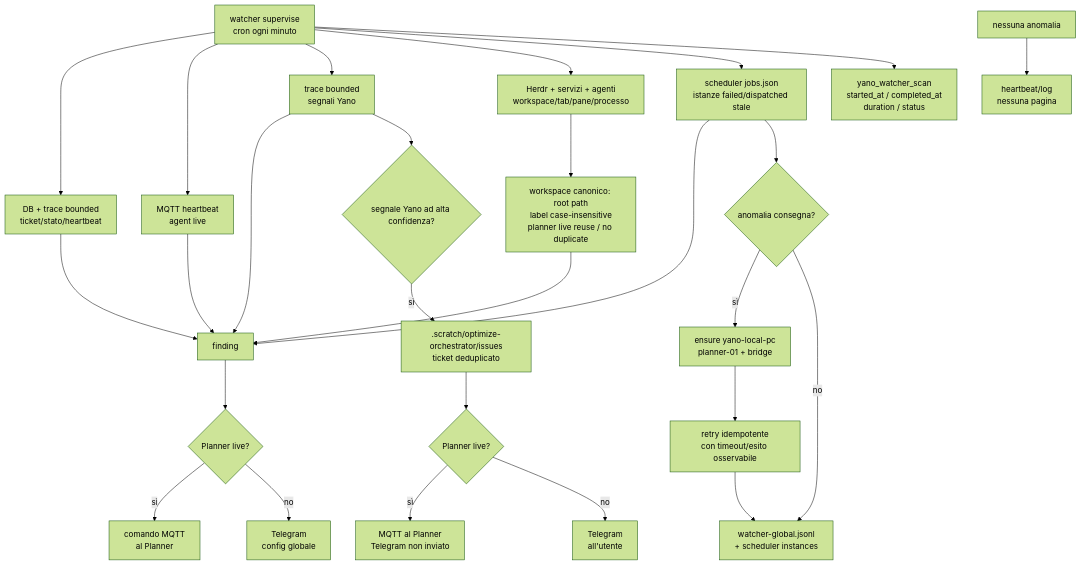
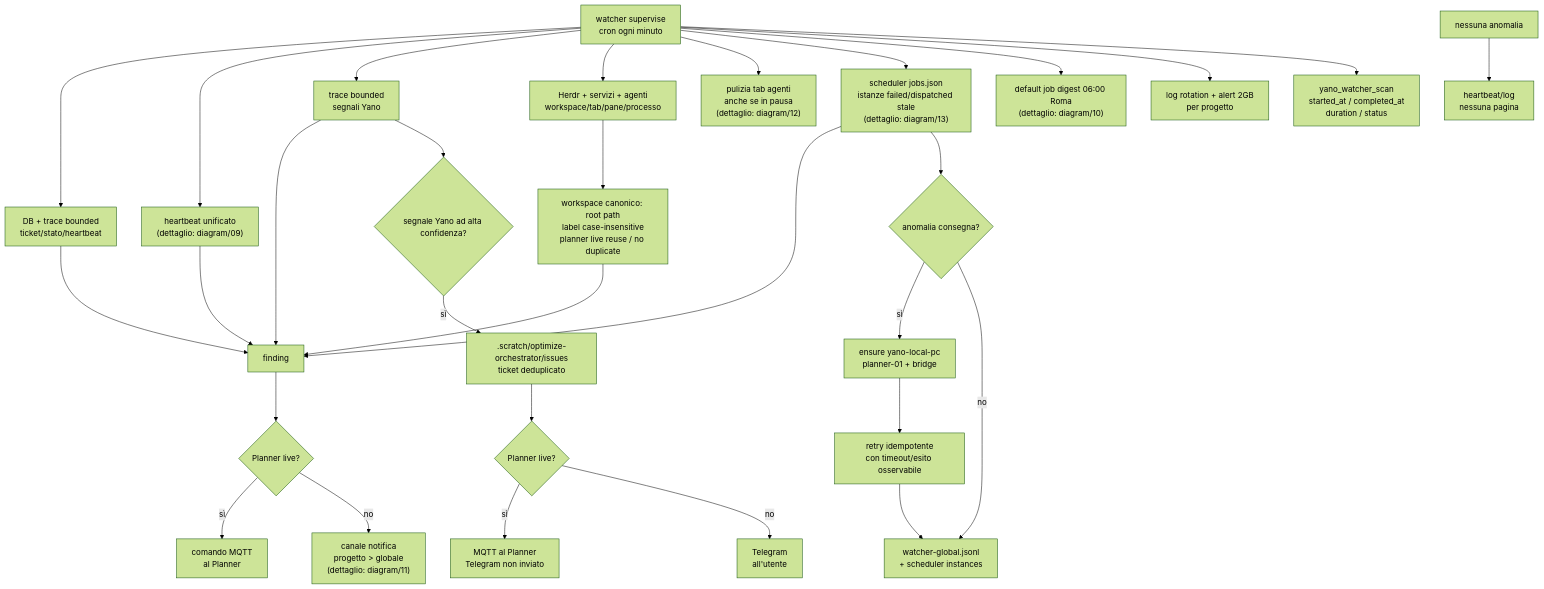
One commit to alessiobacin/yano-orchestrator changed the diagram in docs/diagram/04-watcher-routing.mmd. Above: the diagram before and after it, drawn with Mermaid (forest theme). The commit also changed 20 other files, not shown here.

```diff
--- a/docs/diagram/04-watcher-routing.mmd
+++ b/docs/diagram/04-watcher-routing.mmd
@@ -1,27 +1,30 @@
 flowchart TD
     LOOP["watcher supervise\ncron ogni minuto"] --> DB["DB + trace bounded\nticket/stato/heartbeat"]
-    LOOP --> HEARTBEAT["MQTT heartbeat\nagent live"]
+    LOOP --> HEARTBEAT["heartbeat unificato\n(dettaglio: diagram/09)"]
     LOOP --> TRACE["trace bounded\nsegnali Yano"]
     LOOP --> SERVICES["Herdr + servizi + agenti\nworkspace/tab/pane/processo"]
-    LOOP --> SCHEDULES["scheduler jobs.json\nistanze failed/dispatched stale"]
+    LOOP --> TABS["pulizia tab agenti\nanche se in pausa\n(dettaglio: diagram/12)"]
+    LOOP --> SCHEDULES["scheduler jobs.json\nistanze failed/dispatched stale\n(dettaglio: diagram/13)"]
+    LOOP --> DIGEST["default job digest 06:00 Roma\n(dettaglio: diagram/10)"]
+    LOOP --> LOGSIZE["log rotation + alert 2GB\nper progetto"]
     LOOP --> SCAN["yano_watcher_scan\nstarted_at / completed_at\nduration / status"]
     DB --> FINDING["finding"]
     HEARTBEAT --> FINDING
     TRACE --> FINDING
     SERVICES --> IDENTITY["workspace canonico: root path\nlabel case-insensitive\nplanner live reuse / no duplicate"]
     IDENTITY --> FINDING
     SCHEDULES --> FINDING
     FINDING --> PLANNER{"Planner live?"}
     PLANNER -- sì --> MQTT["comando MQTT\nal Planner"]
-    PLANNER -- no --> TELEGRAM["Telegram\nconfig globale"]
+    PLANNER -- no --> TELEGRAM["canale notifica\nprogetto > globale\n(dettaglio: diagram/11)"]
     SCHEDULES --> REMEDY{"anomalia consegna?"}
     REMEDY -- sì --> LOCALPC["ensure yano-local-pc\nplanner-01 + bridge"]
     LOCALPC --> RETRY["retry idempotente\ncon timeout/esito osservabile"]
     RETRY --> LOG["watcher-global.jsonl\n+ scheduler instances"]
     REMEDY -- no --> LOG
     TRACE --> YANO{"segnale Yano ad alta confidenza?"}
     YANO -- sì --> TICKET[".scratch/optimize-orchestrator/issues\nticket deduplicato"]
     TICKET --> TICKET_ROUTE{"Planner live?"}
     TICKET_ROUTE -- sì --> TICKET_MQTT["MQTT al Planner\nTelegram non inviato"]
     TICKET_ROUTE -- no --> TICKET_TELEGRAM["Telegram\nall'utente"]
     CLEAN["nessuna anomalia"] --> QUIET["heartbeat/log\nnessuna pagina"]
```
